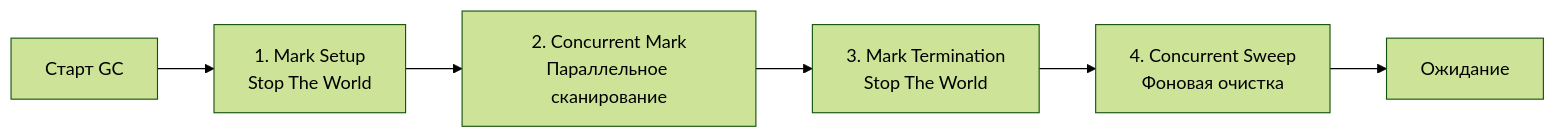
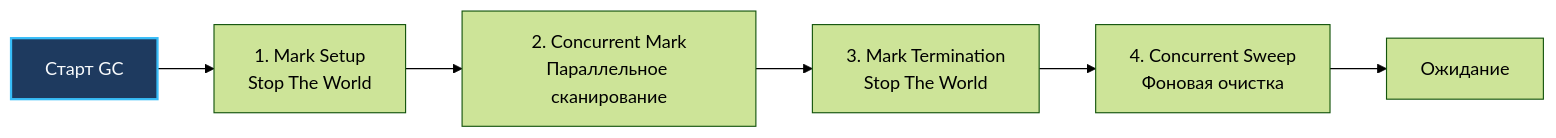
One commit to UnrealTemplier/go-textbook changed the second of 2 diagrams in sources/7. Глубокий Go (Внутреннее устройство)/24. Сборщик мусора Go. Общая архитектура.md. Above: the diagram before and after it, drawn with Mermaid (forest theme). The commit also changed other lines of this file and 1666 other files, not shown here.

First line of the commit message:
feat(mermaid): add semantic color classDef to 1369 colorless flowchart/graph diagrams

````diff
--- a/sources/7. Глубокий Go (Внутреннее устройство)/24. Сборщик мусора Go. Общая архитектура.md
+++ b/sources/7. Глубокий Go (Внутреннее устройство)/24. Сборщик мусора Go. Общая архитектура.md
@@ -61,8 +71,18 @@
 ```mermaid
 flowchart LR
-    START["Старт GC"] --> STW1["1. Mark Setup<br>Stop The World"]
+    classDef process  fill:#1e293b,stroke:#38bdf8,stroke-width:1px,color:#f8fafc
+    classDef success  fill:#064e3b,stroke:#34d399,stroke-width:1px,color:#f8fafc
+    classDef error    fill:#7f1d1d,stroke:#f87171,stroke-width:1px,color:#f8fafc
+    classDef warning  fill:#78350f,stroke:#fbbf24,stroke-width:1px,color:#f8fafc
+    classDef entry    fill:#1e3a5f,stroke:#38bdf8,stroke-width:2px,color:#f8fafc
+    classDef aux      fill:#334155,stroke:#64748b,stroke-width:1px,color:#f8fafc
+    classDef system   fill:#312e81,stroke:#a78bfa,stroke-width:1px,color:#f8fafc
+    classDef data     fill:#132d29,stroke:#2dd4bf,stroke-width:1px,color:#f8fafc
+    classDef network  fill:#881337,stroke:#fb7185,stroke-width:1px,color:#f8fafc
+    classDef accent   fill:#1e1b4b,stroke:#818cf8,stroke-width:1px,color:#f8fafc
+    START["Старт GC"]:::entry --> STW1["1. Mark Setup<br>Stop The World"]
     STW1 --> C_MARK["2. Concurrent Mark<br>Параллельное сканирование"]
     C_MARK --> STW2["3. Mark Termination<br>Stop The World"]
     STW2 --> C_SWEEP["4. Concurrent Sweep<br>Фоновая очистка"]
     C_SWEEP --> DONE["Ожидание"]
 ```
````
